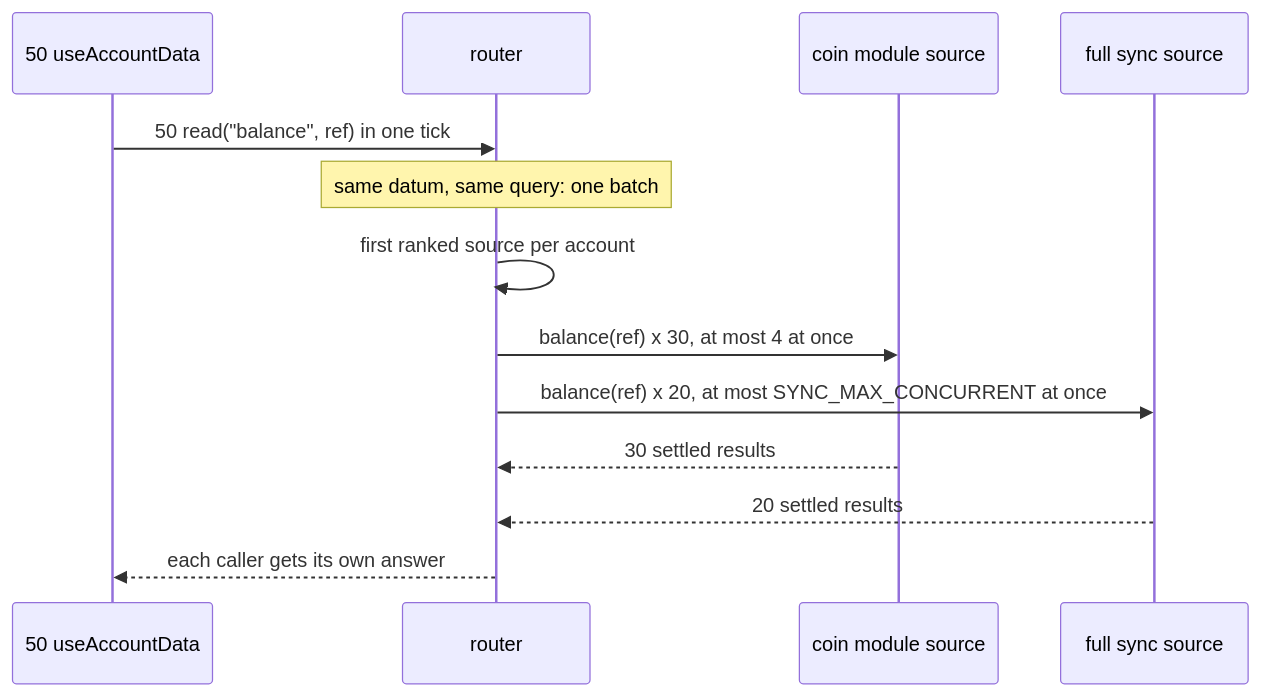
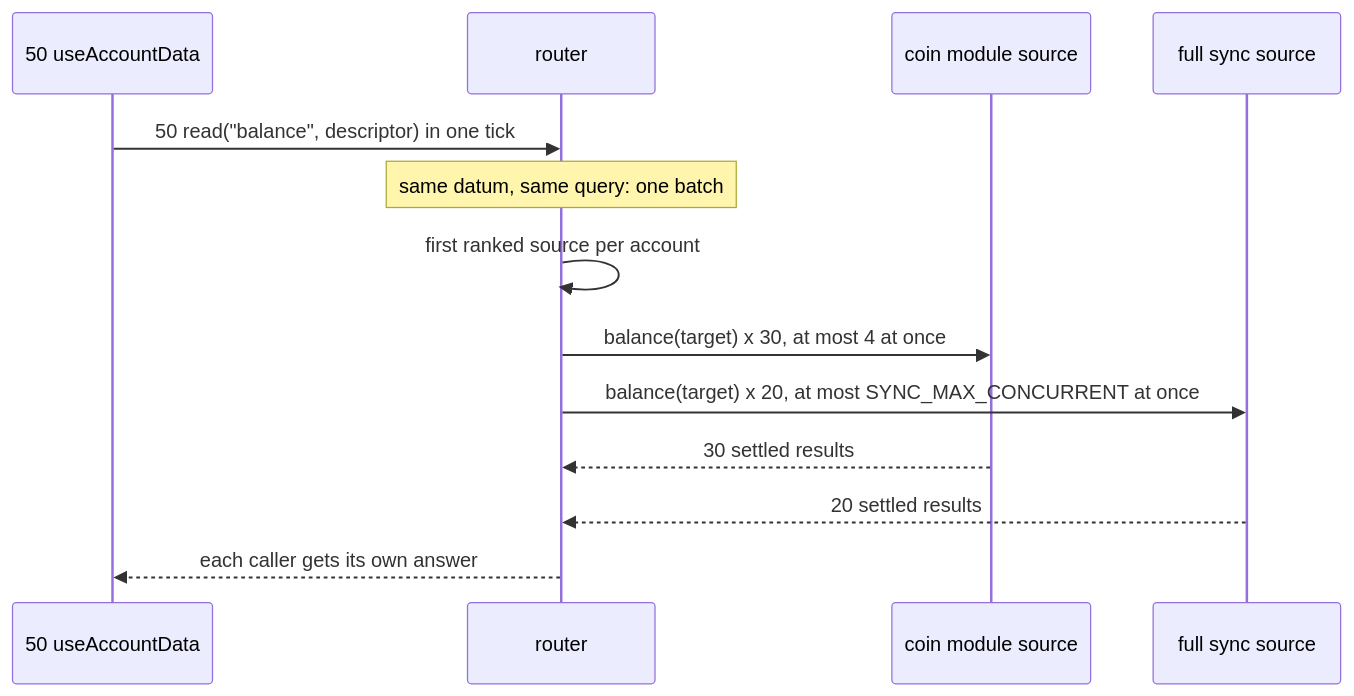
Before and after one commit to LedgerHQ/ledger-live: the third of 4 diagrams in docs/account-data-layer.md, drawn with Mermaid. The commit also changed other lines of this file and 63 other files, not shown here.

First line of the commit message:
feat(account-data): account descriptor replaces account ref (LIVE-36923)

````diff
--- a/docs/account-data-layer.md
+++ b/docs/account-data-layer.md
@@ -142,15 +155,15 @@
 ```mermaid
 sequenceDiagram
     participant H as 50 useAccountData
     participant R as router
     participant B as coin module source
     participant F as full sync source
-    H->>R: 50 read("balance", ref) in one tick
+    H->>R: 50 read("balance", descriptor) in one tick
     Note over R: same datum, same query: one batch
     R->>R: first ranked source per account
-    R->>B: balance(ref) x 30, at most 4 at once
-    R->>F: balance(ref) x 20, at most SYNC_MAX_CONCURRENT at once
+    R->>B: balance(target) x 30, at most 4 at once
+    R->>F: balance(target) x 20, at most SYNC_MAX_CONCURRENT at once
     B-->>R: 30 settled results
     F-->>R: 20 settled results
     R-->>H: each caller gets its own answer
 ```
````
